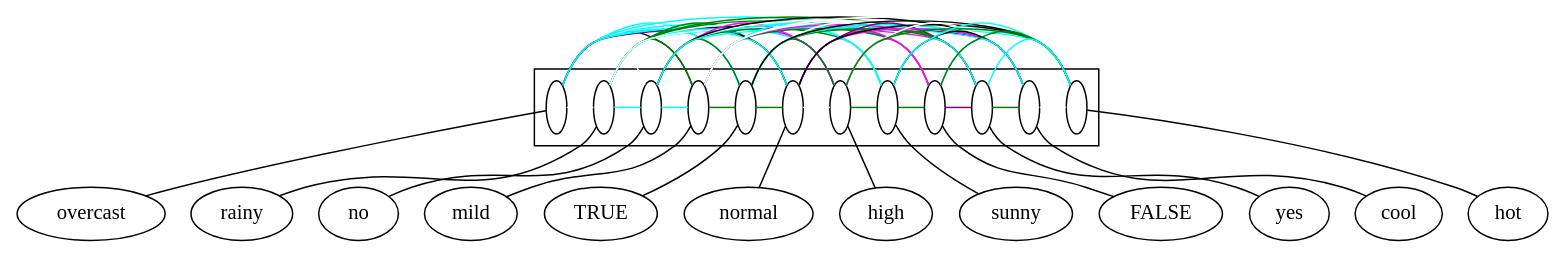
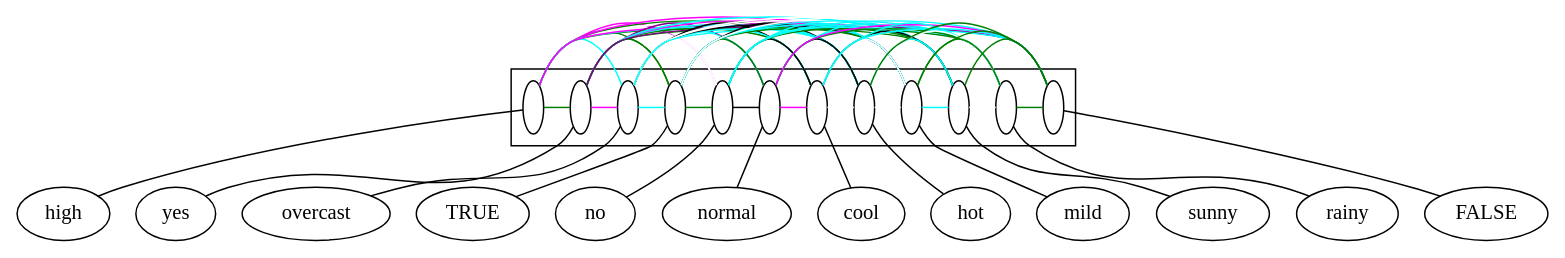
One commit to lrodrin/TFG changed the diagram in src/SQL/Estructura.dot. Above: the diagram before and after it, drawn with Graphviz. The commit also changed 3 other files, not shown here.

```diff
--- a/src/SQL/Estructura.dot
+++ b/src/SQL/Estructura.dot
@@ -1,112 +1,112 @@
 digraph G {
 compound=True;
+high;
+yes;
 overcast;
-rainy;
+TRUE;
 no;
-mild;
-TRUE;
 normal;
-high;
-sunny;
-FALSE;
-yes;
 cool;
 hot;
-subgraph cluster_highcoolrainyovercasthotFALSEyesmildTRUEnormalsunnyno {
-s_overcast [fixedsize=True, fillcolor=white, width=0.2, label=" "];
-s_rainy [fixedsize=True, fillcolor=white, width=0.2, label=" "];
-s_no [fixedsize=True, fillcolor=white, width=0.2, label=" "];
-s_mild [fixedsize=True, fillcolor=white, width=0.2, label=" "];
-s_TRUE [fixedsize=True, fillcolor=white, width=0.2, label=" "];
-s_normal [fixedsize=True, fillcolor=white, width=0.2, label=" "];
-s_high [fixedsize=True, fillcolor=white, width=0.2, label=" "];
-s_sunny [fixedsize=True, fillcolor=white, width=0.2, label=" "];
-s_FALSE [fixedsize=True, fillcolor=white, width=0.2, label=" "];
-s_yes [fixedsize=True, fillcolor=white, width=0.2, label=" "];
-s_cool [fixedsize=True, fillcolor=white, width=0.2, label=" "];
-s_hot [fixedsize=True, fillcolor=white, width=0.2, label=" "];
+mild;
+sunny;
+rainy;
+FALSE;
+subgraph cluster_hotnorainycoolovercasthighsunnynormalFALSEyesmildTRUE {
+s_high [fillcolor=white, fixedsize=True, width=0.2, label=" "];
+s_yes [fillcolor=white, fixedsize=True, width=0.2, label=" "];
+s_overcast [fillcolor=white, fixedsize=True, width=0.2, label=" "];
+s_TRUE [fillcolor=white, fixedsize=True, width=0.2, label=" "];
+s_no [fillcolor=white, fixedsize=True, width=0.2, label=" "];
+s_normal [fillcolor=white, fixedsize=True, width=0.2, label=" "];
+s_cool [fillcolor=white, fixedsize=True, width=0.2, label=" "];
+s_hot [fillcolor=white, fixedsize=True, width=0.2, label=" "];
+s_mild [fillcolor=white, fixedsize=True, width=0.2, label=" "];
+s_sunny [fillcolor=white, fixedsize=True, width=0.2, label=" "];
+s_rainy [fillcolor=white, fixedsize=True, width=0.2, label=" "];
+s_FALSE [fillcolor=white, fixedsize=True, width=0.2, label=" "];
 subgraph  {
 rank=same;
-s_overcast -> s_rainy  [arrowhead=none, color=white];
+s_high -> s_yes  [arrowhead=none, color=green];
+s_high -> s_overcast  [arrowhead=none, color=cyan];
+s_high -> s_TRUE  [arrowhead=none, color=green];
+s_high -> s_no  [arrowhead=none, color=magenta];
+s_high -> s_normal  [arrowhead=none, color=white];
+s_high -> s_cool  [arrowhead=none, color=white];
+s_high -> s_hot  [arrowhead=none, color=green];
+s_high -> s_mild  [arrowhead=none, color=magenta];
+s_high -> s_sunny  [arrowhead=none, color=green];
+s_high -> s_rainy  [arrowhead=none, color=cyan];
+s_high -> s_FALSE  [arrowhead=none, color=magenta];
+s_yes -> s_overcast  [arrowhead=none, color=magenta];
+s_yes -> s_TRUE  [arrowhead=none, color=green];
+s_yes -> s_no  [arrowhead=none, color=white];
+s_yes -> s_normal  [arrowhead=none, color=purple];
+s_yes -> s_cool  [arrowhead=none, color=green];
+s_yes -> s_hot  [arrowhead=none, color=cyan];
+s_yes -> s_mild  [arrowhead=none, color=magenta];
+s_yes -> s_sunny  [arrowhead=none, color=cyan];
+s_yes -> s_rainy  [arrowhead=none, color=green];
+s_yes -> s_FALSE  [arrowhead=none, color=purple];
+s_overcast -> s_TRUE  [arrowhead=none, color=cyan];
 s_overcast -> s_no  [arrowhead=none, color=white];
-s_overcast -> s_mild  [arrowhead=none, color=black];
-s_overcast -> s_TRUE  [arrowhead=none, color=cyan];
 s_overcast -> s_normal  [arrowhead=none, color=cyan];
-s_overcast -> s_high  [arrowhead=none, color=cyan];
-s_overcast -> s_sunny  [arrowhead=none, color=white];
-s_overcast -> s_FALSE  [arrowhead=none, color=cyan];
-s_overcast -> s_yes  [arrowhead=none, color=magenta];
 s_overcast -> s_cool  [arrowhead=none, color=black];
 s_overcast -> s_hot  [arrowhead=none, color=cyan];
-s_rainy -> s_no  [arrowhead=none, color=cyan];
-s_rainy -> s_mild  [arrowhead=none, color=green];
-s_rainy -> s_TRUE  [arrowhead=none, color=cyan];
-s_rainy -> s_normal  [arrowhead=none, color=green];
-s_rainy -> s_high  [arrowhead=none, color=cyan];
-s_rainy -> s_sunny  [arrowhead=none, color=white];
-s_rainy -> s_FALSE  [arrowhead=none, color=green];
-s_rainy -> s_yes  [arrowhead=none, color=green];
-s_rainy -> s_cool  [arrowhead=none, color=cyan];
-s_rainy -> s_hot  [arrowhead=none, color=white];
-s_no -> s_mild  [arrowhead=none, color=cyan];
-s_no -> s_TRUE  [arrowhead=none, color=green];
+s_overcast -> s_mild  [arrowhead=none, color=black];
+s_overcast -> s_sunny  [arrowhead=none, color=white];
+s_overcast -> s_rainy  [arrowhead=none, color=white];
+s_overcast -> s_FALSE  [arrowhead=none, color=cyan];
+s_TRUE -> s_no  [arrowhead=none, color=green];
+s_TRUE -> s_normal  [arrowhead=none, color=green];
+s_TRUE -> s_cool  [arrowhead=none, color=cyan];
+s_TRUE -> s_hot  [arrowhead=none, color=black];
+s_TRUE -> s_mild  [arrowhead=none, color=green];
+s_TRUE -> s_sunny  [arrowhead=none, color=cyan];
+s_TRUE -> s_rainy  [arrowhead=none, color=cyan];
+s_TRUE -> s_FALSE  [arrowhead=none, color=white];
 s_no -> s_normal  [arrowhead=none, color=black];
-s_no -> s_high  [arrowhead=none, color=magenta];
-s_no -> s_sunny  [arrowhead=none, color=green];
-s_no -> s_FALSE  [arrowhead=none, color=cyan];
-s_no -> s_yes  [arrowhead=none, color=white];
 s_no -> s_cool  [arrowhead=none, color=black];
 s_no -> s_hot  [arrowhead=none, color=cyan];
-s_mild -> s_TRUE  [arrowhead=none, color=green];
-s_mild -> s_normal  [arrowhead=none, color=cyan];
-s_mild -> s_high  [arrowhead=none, color=magenta];
-s_mild -> s_sunny  [arrowhead=none, color=cyan];
-s_mild -> s_FALSE  [arrowhead=none, color=green];
-s_mild -> s_yes  [arrowhead=none, color=magenta];
-s_mild -> s_cool  [arrowhead=none, color=white];
-s_mild -> s_hot  [arrowhead=none, color=white];
-s_TRUE -> s_normal  [arrowhead=none, color=green];
-s_TRUE -> s_high  [arrowhead=none, color=green];
-s_TRUE -> s_sunny  [arrowhead=none, color=cyan];
-s_TRUE -> s_FALSE  [arrowhead=none, color=white];
-s_TRUE -> s_yes  [arrowhead=none, color=green];
-s_TRUE -> s_cool  [arrowhead=none, color=cyan];
-s_TRUE -> s_hot  [arrowhead=none, color=black];
-s_normal -> s_high  [arrowhead=none, color=white];
-s_normal -> s_sunny  [arrowhead=none, color=cyan];
-s_normal -> s_FALSE  [arrowhead=none, color=magenta];
-s_normal -> s_yes  [arrowhead=none, color=purple];
+s_no -> s_mild  [arrowhead=none, color=cyan];
+s_no -> s_sunny  [arrowhead=none, color=green];
+s_no -> s_rainy  [arrowhead=none, color=cyan];
+s_no -> s_FALSE  [arrowhead=none, color=cyan];
 s_normal -> s_cool  [arrowhead=none, color=magenta];
 s_normal -> s_hot  [arrowhead=none, color=black];
-s_high -> s_sunny  [arrowhead=none, color=green];
-s_high -> s_FALSE  [arrowhead=none, color=magenta];
-s_high -> s_yes  [arrowhead=none, color=green];
-s_high -> s_cool  [arrowhead=none, color=white];
-s_high -> s_hot  [arrowhead=none, color=green];
+s_normal -> s_mild  [arrowhead=none, color=cyan];
+s_normal -> s_sunny  [arrowhead=none, color=cyan];
+s_normal -> s_rainy  [arrowhead=none, color=green];
+s_normal -> s_FALSE  [arrowhead=none, color=magenta];
+s_cool -> s_hot  [arrowhead=none, color=white];
+s_cool -> s_mild  [arrowhead=none, color=white];
+s_cool -> s_sunny  [arrowhead=none, color=black];
+s_cool -> s_rainy  [arrowhead=none, color=cyan];
+s_cool -> s_FALSE  [arrowhead=none, color=cyan];
+s_hot -> s_mild  [arrowhead=none, color=white];
+s_hot -> s_sunny  [arrowhead=none, color=cyan];
+s_hot -> s_rainy  [arrowhead=none, color=white];
+s_hot -> s_FALSE  [arrowhead=none, color=green];
+s_mild -> s_sunny  [arrowhead=none, color=cyan];
+s_mild -> s_rainy  [arrowhead=none, color=green];
+s_mild -> s_FALSE  [arrowhead=none, color=green];
+s_sunny -> s_rainy  [arrowhead=none, color=white];
 s_sunny -> s_FALSE  [arrowhead=none, color=green];
-s_sunny -> s_yes  [arrowhead=none, color=cyan];
-s_sunny -> s_cool  [arrowhead=none, color=black];
-s_sunny -> s_hot  [arrowhead=none, color=cyan];
-s_FALSE -> s_yes  [arrowhead=none, color=purple];
-s_FALSE -> s_cool  [arrowhead=none, color=cyan];
-s_FALSE -> s_hot  [arrowhead=none, color=green];
-s_yes -> s_cool  [arrowhead=none, color=green];
-s_yes -> s_hot  [arrowhead=none, color=cyan];
-s_cool -> s_hot  [arrowhead=none, color=white];
+s_rainy -> s_FALSE  [arrowhead=none, color=green];
 }
 
 }
 
+s_high -> high  [arrowhead=none];
+s_yes -> yes  [arrowhead=none];
 s_overcast -> overcast  [arrowhead=none];
-s_rainy -> rainy  [arrowhead=none];
+s_TRUE -> TRUE  [arrowhead=none];
 s_no -> no  [arrowhead=none];
-s_mild -> mild  [arrowhead=none];
-s_TRUE -> TRUE  [arrowhead=none];
 s_normal -> normal  [arrowhead=none];
-s_high -> high  [arrowhead=none];
-s_sunny -> sunny  [arrowhead=none];
-s_FALSE -> FALSE  [arrowhead=none];
-s_yes -> yes  [arrowhead=none];
 s_cool -> cool  [arrowhead=none];
 s_hot -> hot  [arrowhead=none];
+s_mild -> mild  [arrowhead=none];
+s_sunny -> sunny  [arrowhead=none];
+s_rainy -> rainy  [arrowhead=none];
+s_FALSE -> FALSE  [arrowhead=none];
 }
```
